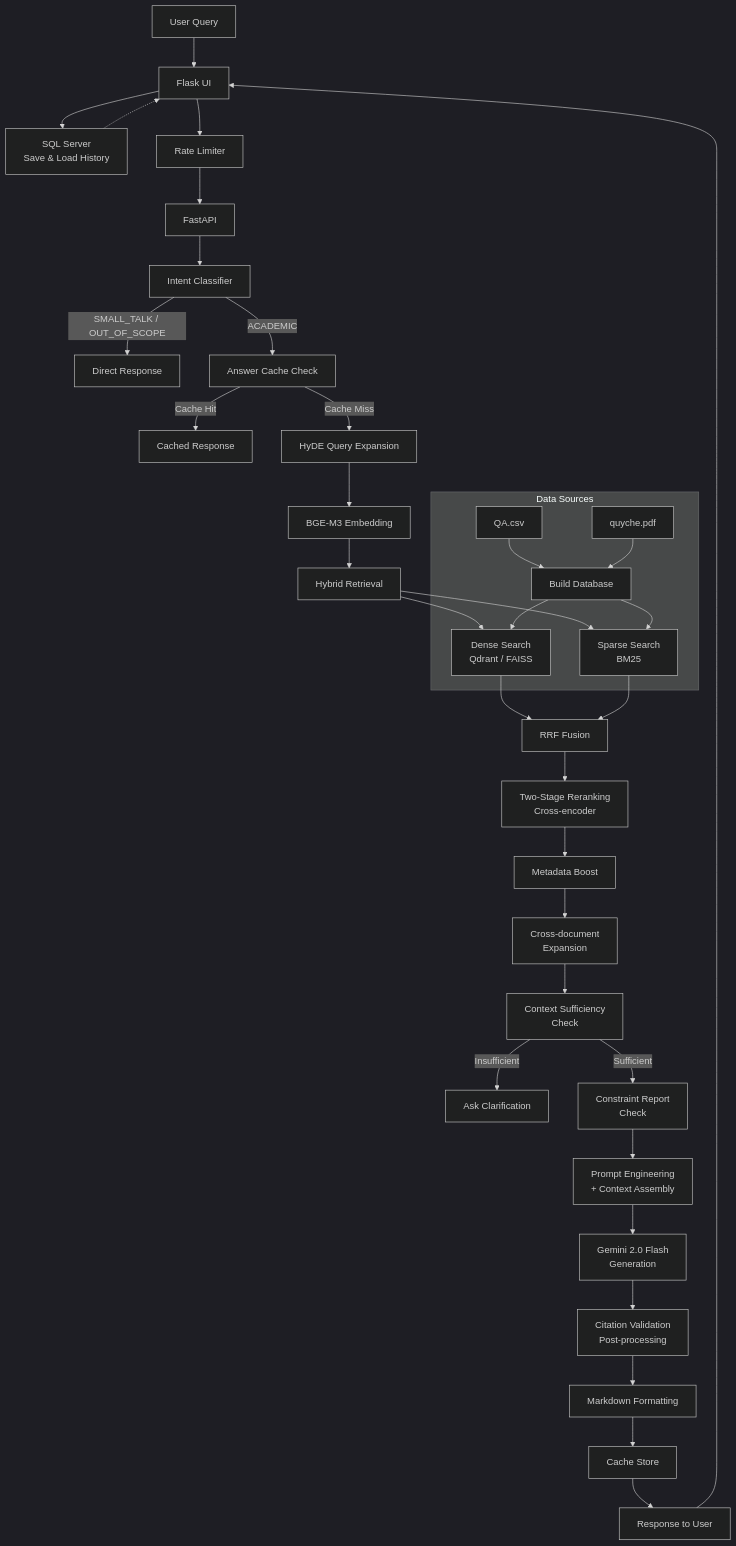
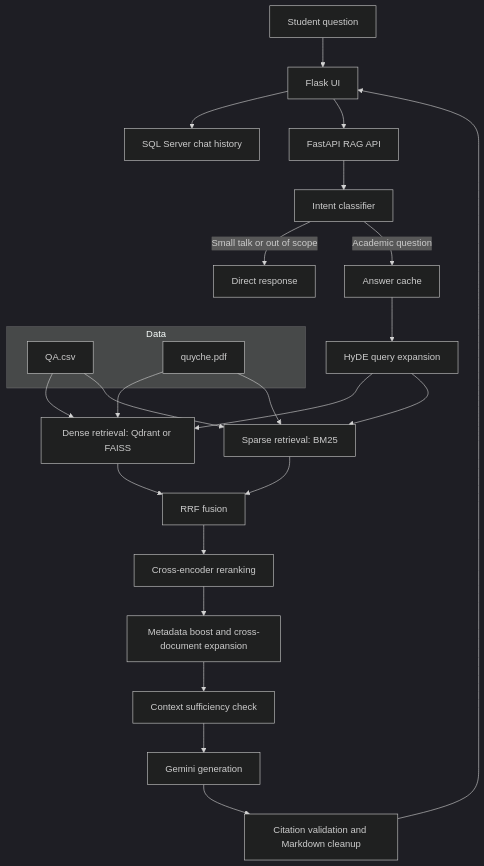
One commit to Nhatnguyn1710/chatbot_husc changed the diagram in README.md. Above: the diagram before and after it, drawn with Mermaid (dark theme). The commit also changed other lines of this file and 24 other files, not shown here.

````diff
--- a/README.md
+++ b/README.md
@@ -17,48 +32,30 @@
 ```mermaid
 flowchart TD
-    A[User Query] --> B[Flask UI]
-    B --> B1[SQL Server<br/>Save & Load History]
-    B --> C[Rate Limiter]
-    C --> D[FastAPI]
-    D --> E[Intent Classifier]
-    
-    E -->|SMALL_TALK / OUT_OF_SCOPE| R1[Direct Response]
-    E -->|ACADEMIC| F[Answer Cache Check]
-    
-    F -->|Cache Hit| R2[Cached Response]
-    F -->|Cache Miss| G[HyDE Query Expansion]
-    
-    G --> H[BGE-M3 Embedding]
-    H --> I[Hybrid Retrieval]
-    
-    I --> I1[Dense Search<br/>Qdrant / FAISS]
-    I --> I2[Sparse Search<br/>BM25]
-    I1 --> J[RRF Fusion]
-    I2 --> J
-    
-    J --> K[Two-Stage Reranking<br/>Cross-encoder]
-    K --> L[Metadata Boost]
-    L --> M[Cross-document<br/>Expansion]
-    
-    M --> N[Context Sufficiency<br/>Check]
-    N -->|Insufficient| R3[Ask Clarification]
-    N -->|Sufficient| O[Constraint Report<br/>Check]
-    
-    O --> P[Prompt Engineering<br/>+ Context Assembly]
-    P --> Q[Gemini 2.0 Flash<br/>Generation]
-    
-    Q --> S[Citation Validation<br/>Post-processing]
-    S --> T[Markdown Formatting]
-    T --> U[Cache Store]
-    U --> V[Response to User]
-    
-    B1 -.-> B
-    V --> B
+    A[Student question] --> B[Flask UI]
+    B --> C[SQL Server chat history]
+    B --> D[FastAPI RAG API]
+    D --> E[Intent classifier]
+    E -->|Small talk or out of scope| F[Direct response]
+    E -->|Academic question| G[Answer cache]
+    G --> H[HyDE query expansion]
+    H --> I[Dense retrieval: Qdrant or FAISS]
+    H --> J[Sparse retrieval: BM25]
+    I --> K[RRF fusion]
+    J --> K
+    K --> L[Cross-encoder reranking]
+    L --> M[Metadata boost and cross-document expansion]
+    M --> N[Context sufficiency check]
+    N --> O[Gemini generation]
+    O --> P[Citation validation and Markdown cleanup]
+    P --> B
 
-    subgraph "Data Sources"
-        D1[QA.csv] --> DB[Build Database]
-        D2[quyche.pdf] --> DB
-        DB --> I1
-        DB --> I2
+    subgraph Data
+        Q[QA.csv]
+        R[quyche.pdf]
     end
+
+    Q --> I
+    Q --> J
+    R --> I
+    R --> J
 ```
````
